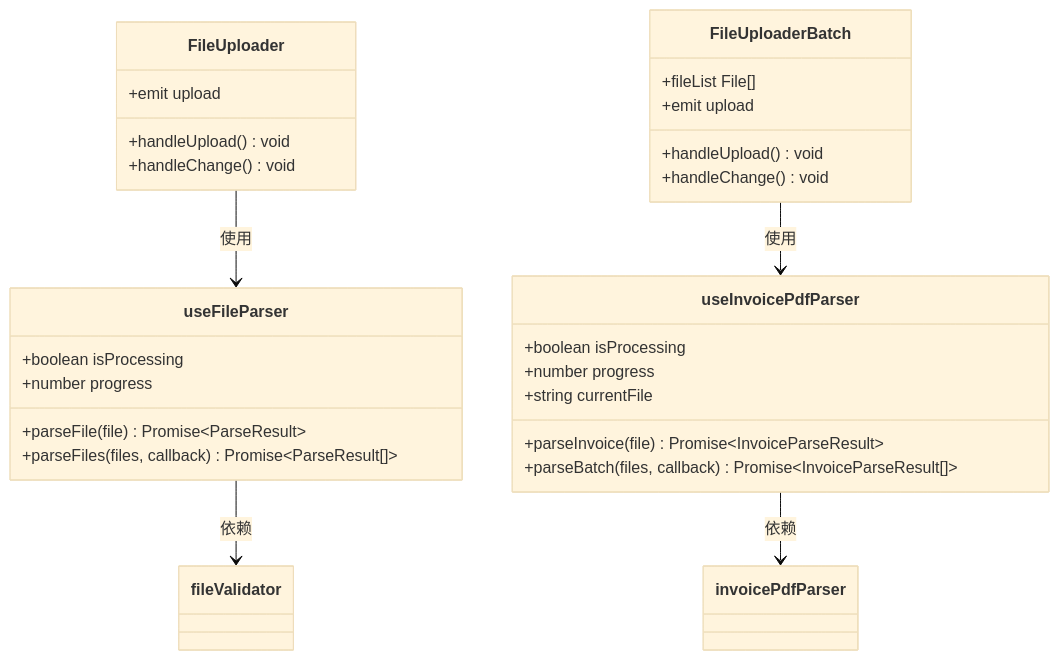
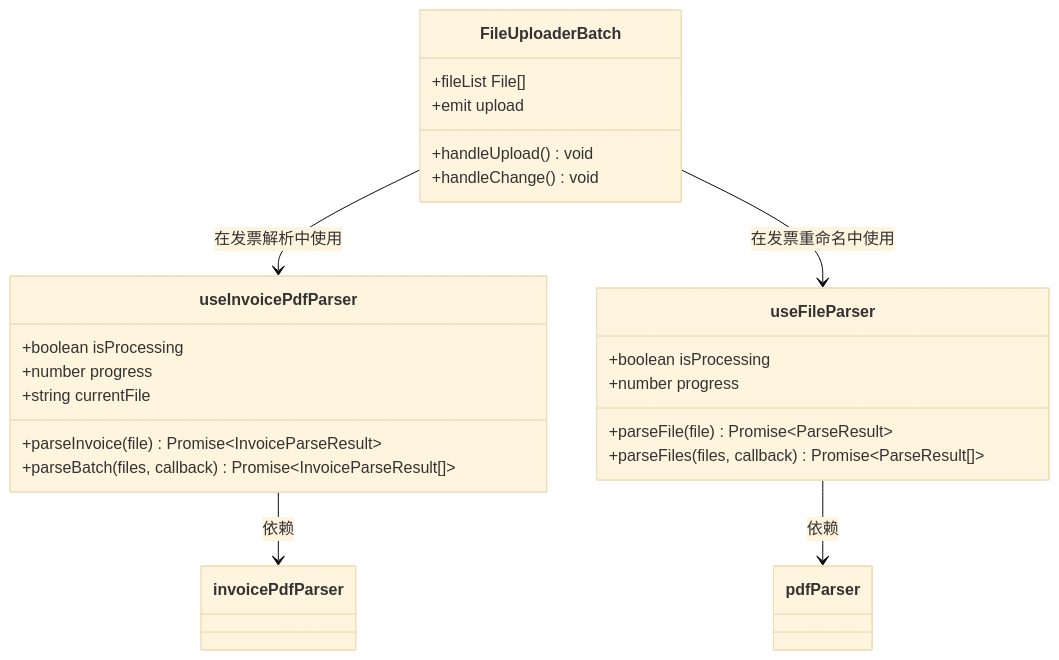
The third of 7 diagrams in .qoder/repowiki/zh/content/组件架构设计/文件上传组件/文件上传组件.md (dunhuixiao/FinanceTools), drawn with Mermaid (base theme) before and after one commit. The commit also changed other lines of this file and 4 other files, not shown here.

````diff
--- a/.qoder/repowiki/zh/content/组件架构设计/文件上传组件/文件上传组件.md
+++ b/.qoder/repowiki/zh/content/组件架构设计/文件上传组件/文件上传组件.md
@@ -203,31 +164,26 @@
 ```mermaid
 classDiagram
 class useFileParser {
 +boolean isProcessing
 +number progress
 +parseFile(file) Promise~ParseResult~
 +parseFiles(files, callback) Promise~ParseResult[]~
 }
 class useInvoicePdfParser {
 +boolean isProcessing
 +number progress
 +string currentFile
 +parseInvoice(file) Promise~InvoiceParseResult~
 +parseBatch(files, callback) Promise~InvoiceParseResult[]~
 }
-class FileUploader {
-+handleUpload() void
-+handleChange() void
-+emit upload
-}
 class FileUploaderBatch {
 +handleUpload() void
 +handleChange() void
 +fileList File[]
 +emit upload
 }
-FileUploader --> useFileParser : 使用
-FileUploaderBatch --> useInvoicePdfParser : 使用
-useFileParser --> fileValidator : 依赖
+FileUploaderBatch --> useInvoicePdfParser : 在发票解析中使用
+FileUploaderBatch --> useFileParser : 在发票重命名中使用
+useFileParser --> pdfParser : 依赖
 useInvoicePdfParser --> invoicePdfParser : 依赖
 ```
````
